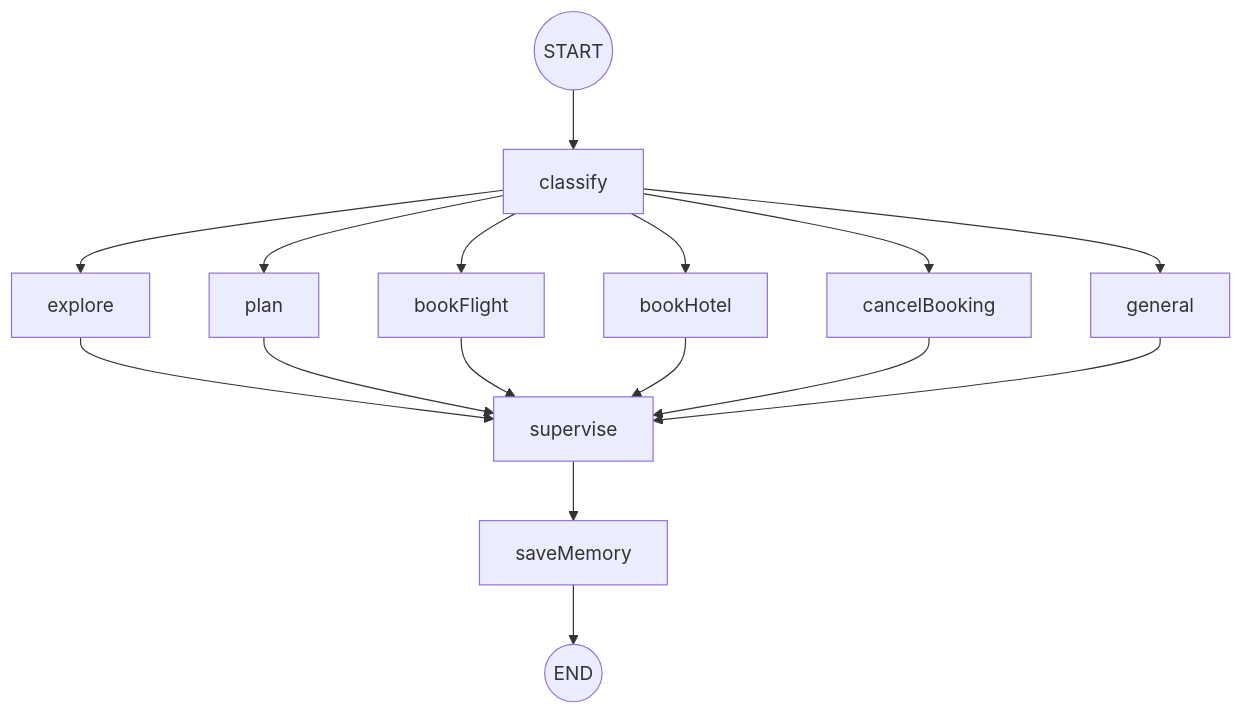
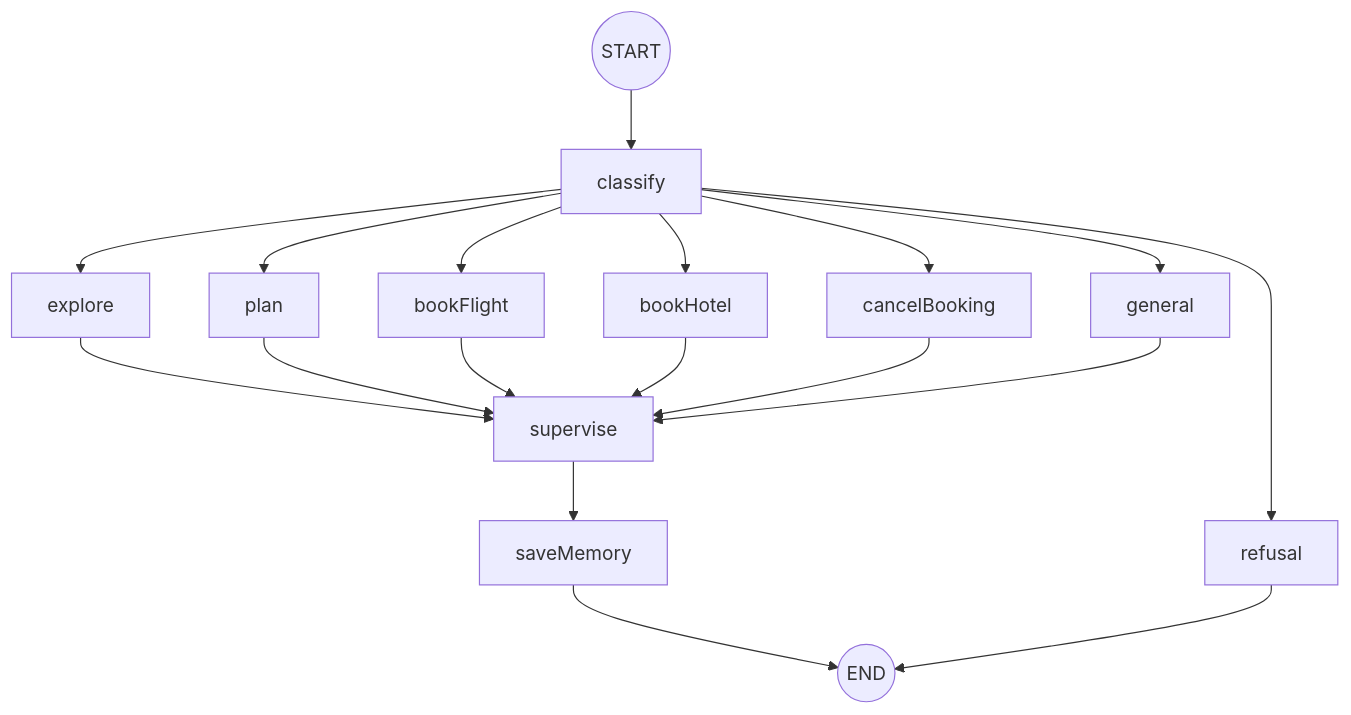
One commit to nguyentrathao-agilityio/travel-assistant changed the first of 3 diagrams in docs/flows/01-intent-routing-supervisor.md. Above: the diagram before and after it, drawn with Mermaid. The commit also changed other lines of this file and 16 other files, not shown here.

````diff
--- a/docs/flows/01-intent-routing-supervisor.md
+++ b/docs/flows/01-intent-routing-supervisor.md
@@ -10,7 +11,9 @@
 ```mermaid
 flowchart TD
     START((START)) --> classify
     classify --> explore & plan & bookFlight & bookHotel & cancelBooking & general
+    classify --> refusal
     explore & plan & bookFlight & bookHotel & cancelBooking & general --> supervise
     supervise --> saveMemory --> END((END))
+    refusal --> END
 ```
````
